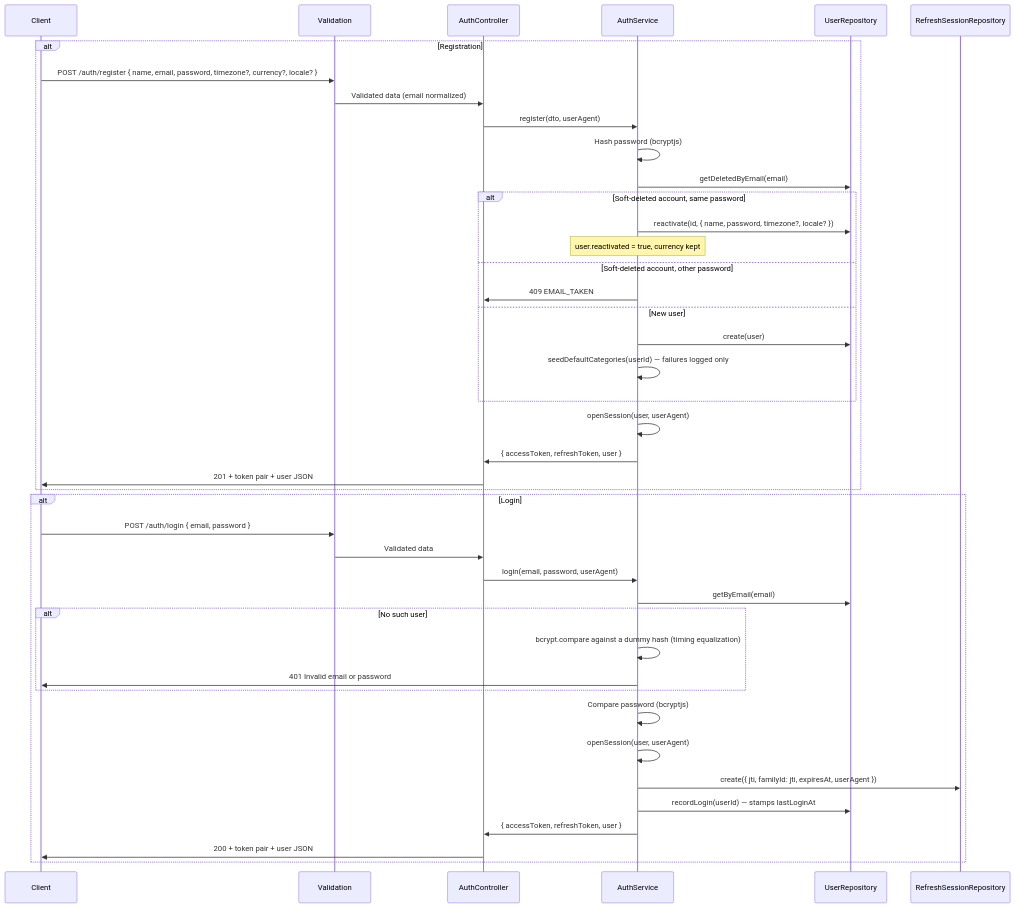
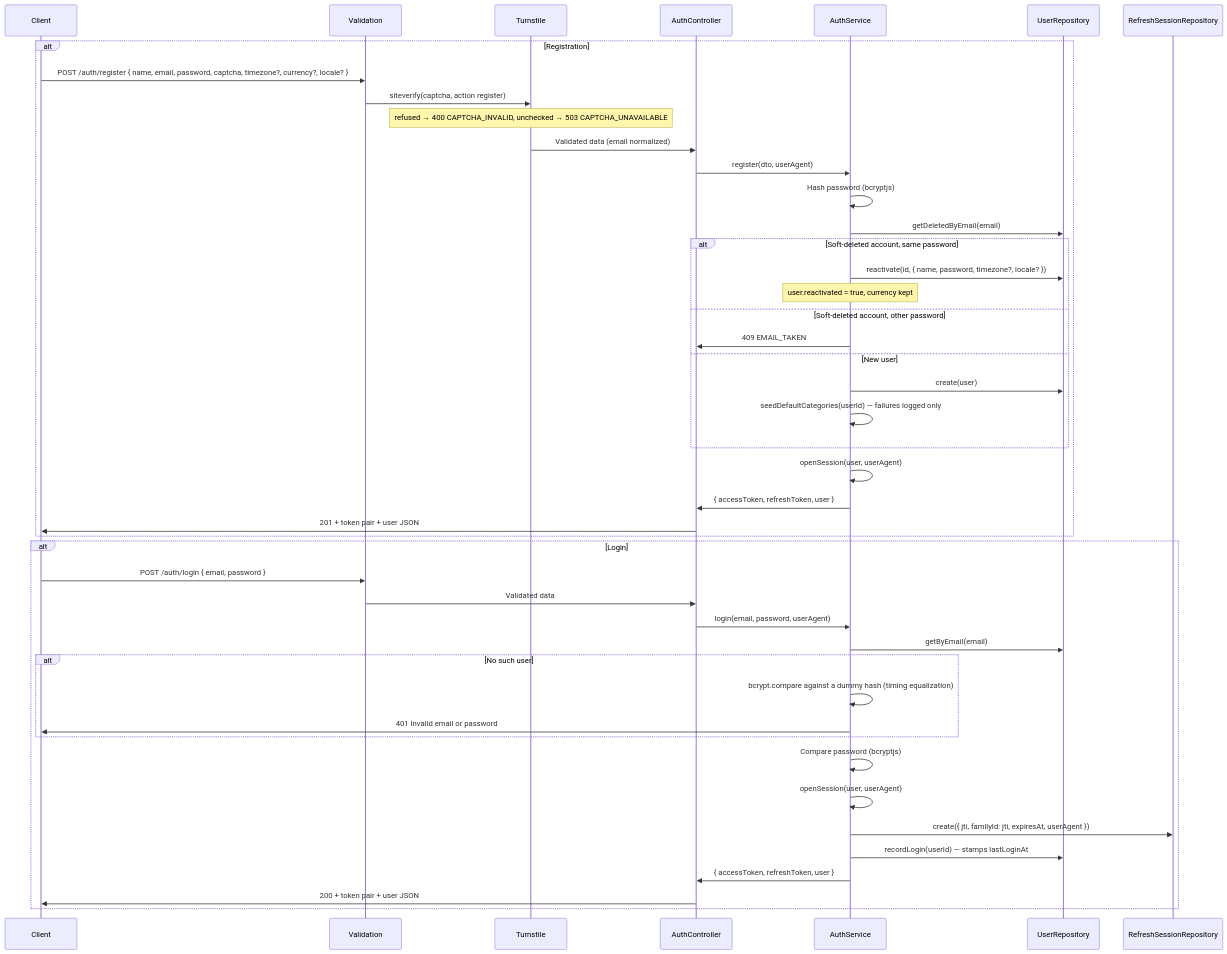
Before and after one commit to alex16jpv/lag-money-manager: the first of 2 diagrams in docs/modules/auth.md, drawn with Mermaid. The commit also changed other lines of this file and 7 other files, not shown here.

````diff
--- a/docs/modules/auth.md
+++ b/docs/modules/auth.md
@@ -390,46 +394,49 @@
 ```mermaid
 sequenceDiagram
     participant C as Client
     participant V as Validation
+    participant CAP as Turnstile
     participant CTRL as AuthController
     participant SVC as AuthService
     participant REPO as UserRepository
     participant SESS as RefreshSessionRepository
 
     alt Registration
-        C->>V: POST /auth/register { name, email, password, timezone?, currency?, locale? }
-        V->>CTRL: Validated data (email normalized)
+        C->>V: POST /auth/register { name, email, password, captcha, timezone?, currency?, locale? }
+        V->>CAP: siteverify(captcha, action register)
+        Note over CAP: refused → 400 CAPTCHA_INVALID, unchecked → 503 CAPTCHA_UNAVAILABLE
+        CAP->>CTRL: Validated data (email normalized)
         CTRL->>SVC: register(dto, userAgent)
         SVC->>SVC: Hash password (bcryptjs)
         SVC->>REPO: getDeletedByEmail(email)
         alt Soft-deleted account, same password
             SVC->>REPO: reactivate(id, { name, password, timezone?, locale? })
             Note over SVC: user.reactivated = true, currency kept
         else Soft-deleted account, other password
             SVC->>CTRL: 409 EMAIL_TAKEN
         else New user
             SVC->>REPO: create(user)
             SVC->>SVC: seedDefaultCategories(userId) — failures logged only
         end
         SVC->>SVC: openSession(user, userAgent)
         SVC->>CTRL: { accessToken, refreshToken, user }
         CTRL->>C: 201 + token pair + user JSON
     end
 
     alt Login
         C->>V: POST /auth/login { email, password }
         V->>CTRL: Validated data
         CTRL->>SVC: login(email, password, userAgent)
         SVC->>REPO: getByEmail(email)
         alt No such user
             SVC->>SVC: bcrypt.compare against a dummy hash (timing equalization)
             SVC->>C: 401 Invalid email or password
         end
         SVC->>SVC: Compare password (bcryptjs)
         SVC->>SVC: openSession(user, userAgent)
         SVC->>SESS: create({ jti, familyId: jti, expiresAt, userAgent })
         SVC->>REPO: recordLogin(userId) — stamps lastLoginAt
         SVC->>CTRL: { accessToken, refreshToken, user }
         CTRL->>C: 200 + token pair + user JSON
     end
 ```
````
